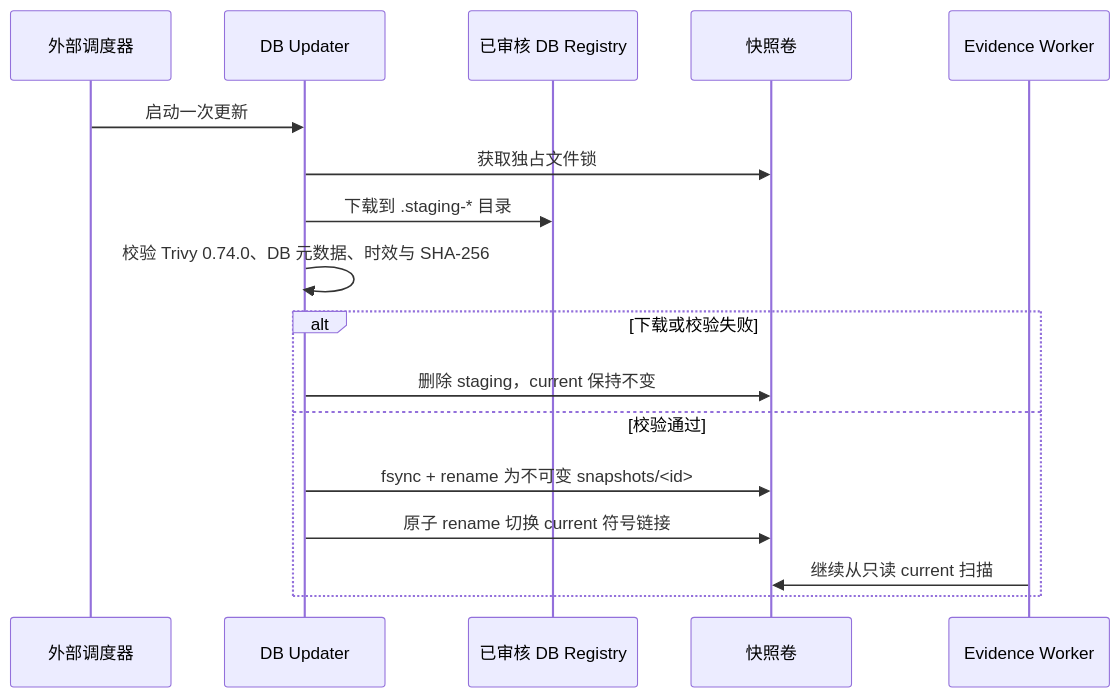
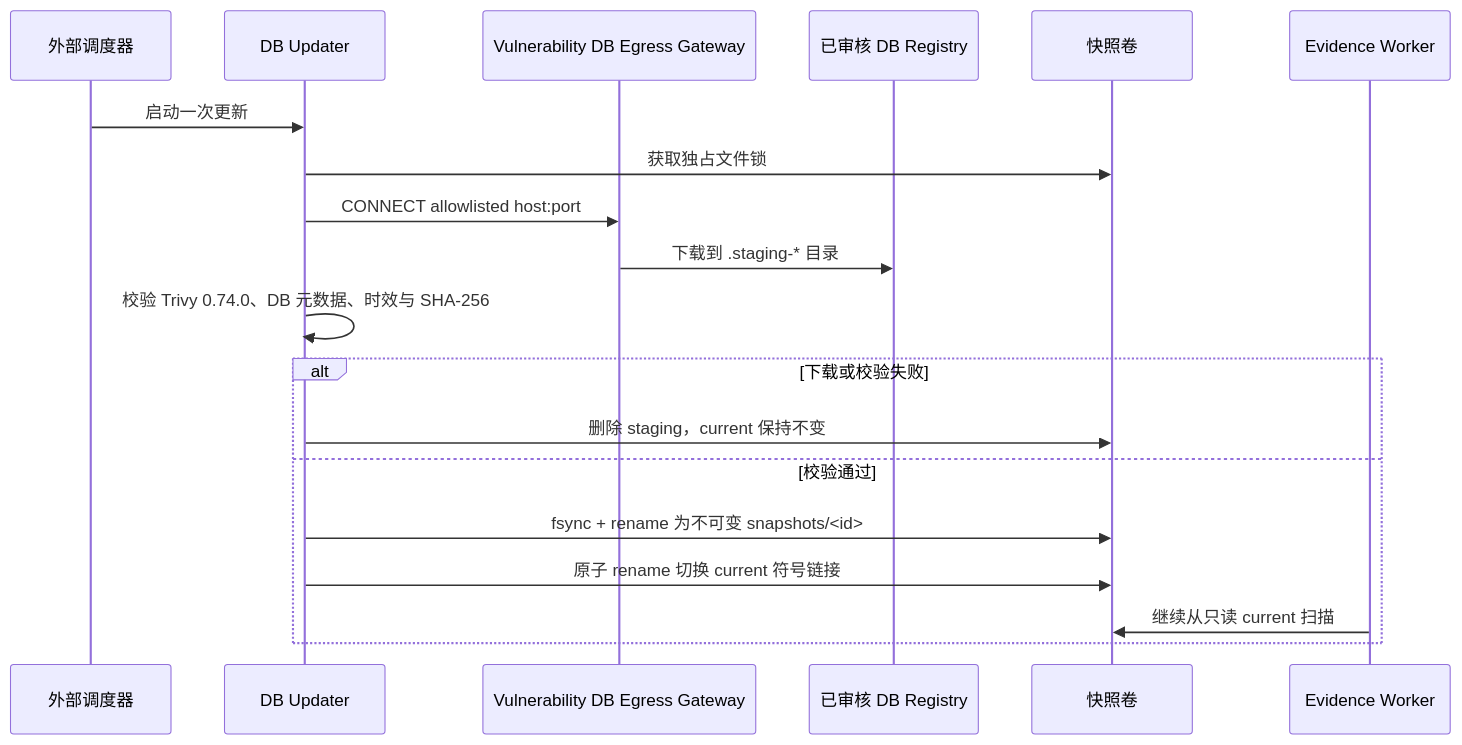
The diagram in docs/vulnerability-database.md (owndock/owndock), drawn with Mermaid before and after one commit. The commit also changed other lines of this file and 18 other files, not shown here.

Commit message:
feat: isolate vulnerability database egress

````diff
--- a/docs/vulnerability-database.md
+++ b/docs/vulnerability-database.md
@@ -26,20 +26,22 @@
 ```mermaid
 sequenceDiagram
     participant S as 外部调度器
     participant U as DB Updater
+    participant X as Vulnerability DB Egress Gateway
     participant R as 已审核 DB Registry
     participant V as 快照卷
     participant W as Evidence Worker
 
     S->>U: 启动一次更新
     U->>V: 获取独占文件锁
-    U->>R: 下载到 .staging-* 目录
+    U->>X: CONNECT allowlisted host:port
+    X->>R: 下载到 .staging-* 目录
     U->>U: 校验 Trivy 0.74.0、DB 元数据、时效与 SHA-256
     alt 下载或校验失败
         U->>V: 删除 staging，current 保持不变
     else 校验通过
         U->>V: fsync + rename 为不可变 snapshots/<id>
         U->>V: 原子 rename 切换 current 符号链接
         W->>V: 继续从只读 current 扫描
     end
 ```
````
